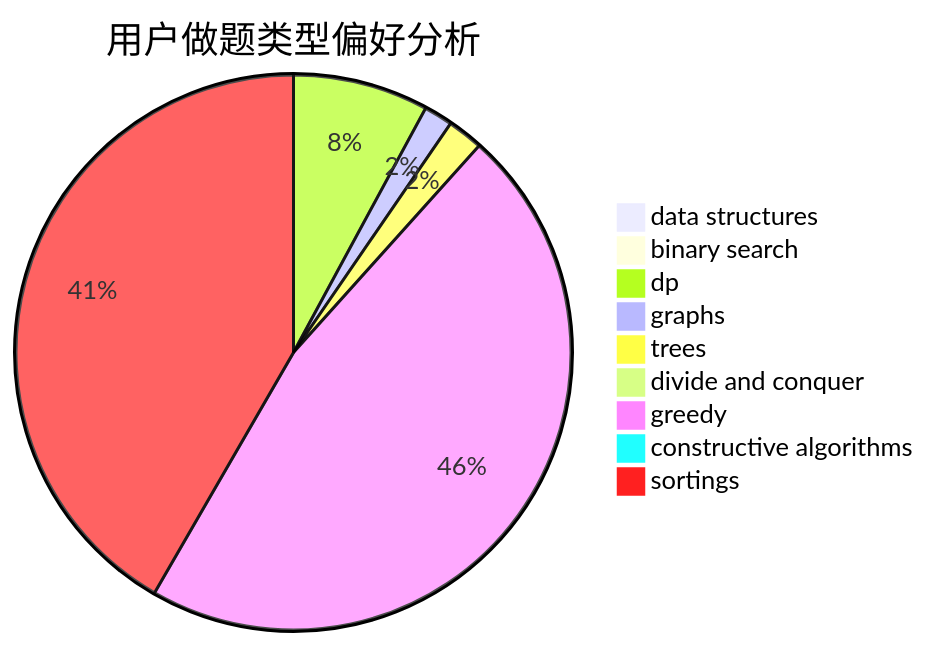
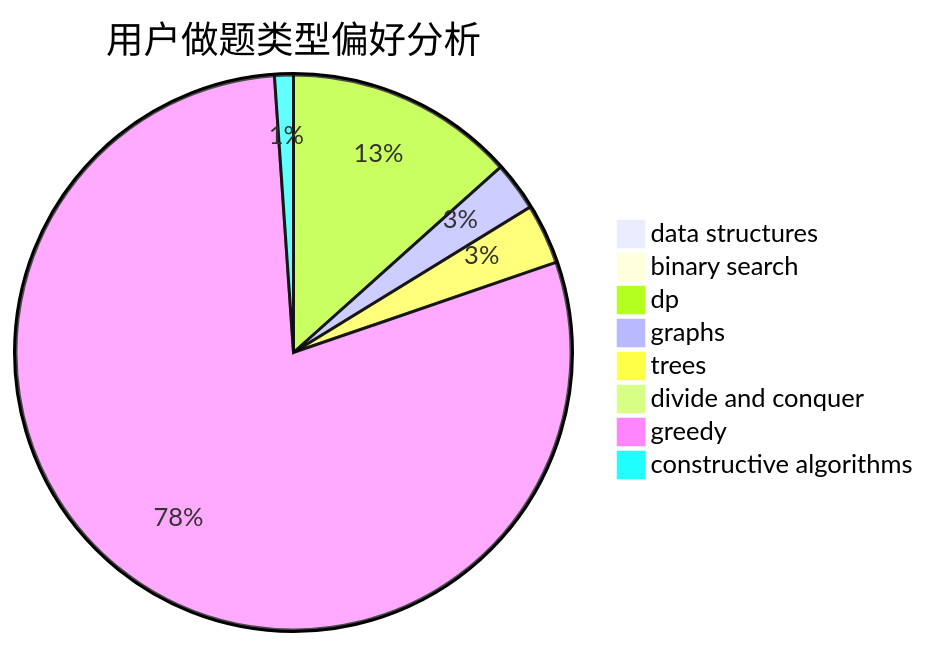
Before and after one commit to sherpahu/cfrs.github.io: the second of 3 diagrams in docs/user/u984.md, drawn with Mermaid. The commit also changed other lines of this file and 2769 other files, not shown here.

````diff
--- a/docs/user/u984.md
+++ b/docs/user/u984.md
@@ -18,12 +18,11 @@
 ```mermaid
 pie title 用户做题类型偏好分析
     "data structures" :  1
     "binary search" :  3
     "dp" :  61
     "graphs" :  13
     "trees" :  16
     "divide and conquer" :  0
     "greedy" :  361
     "constructive algorithms" :  5
-    "sortings" :  322
 ```
````
